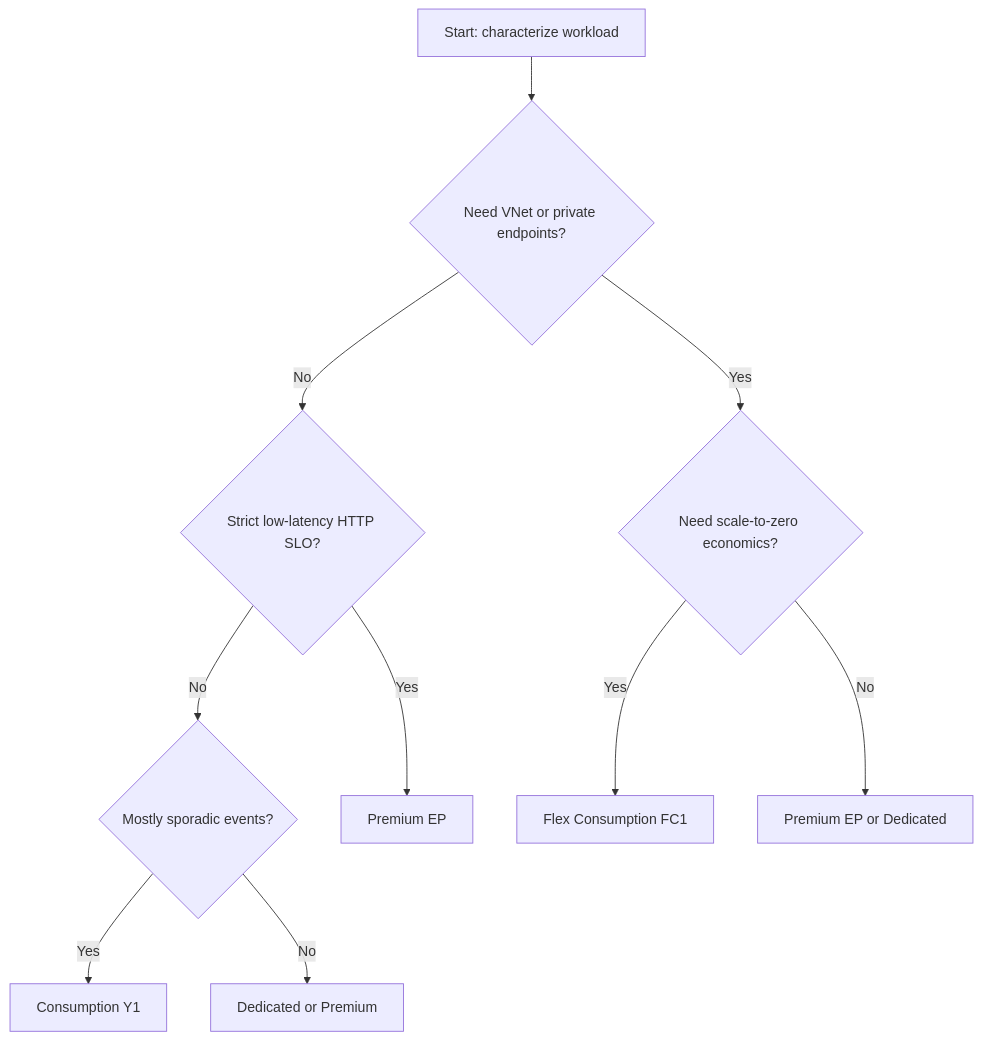
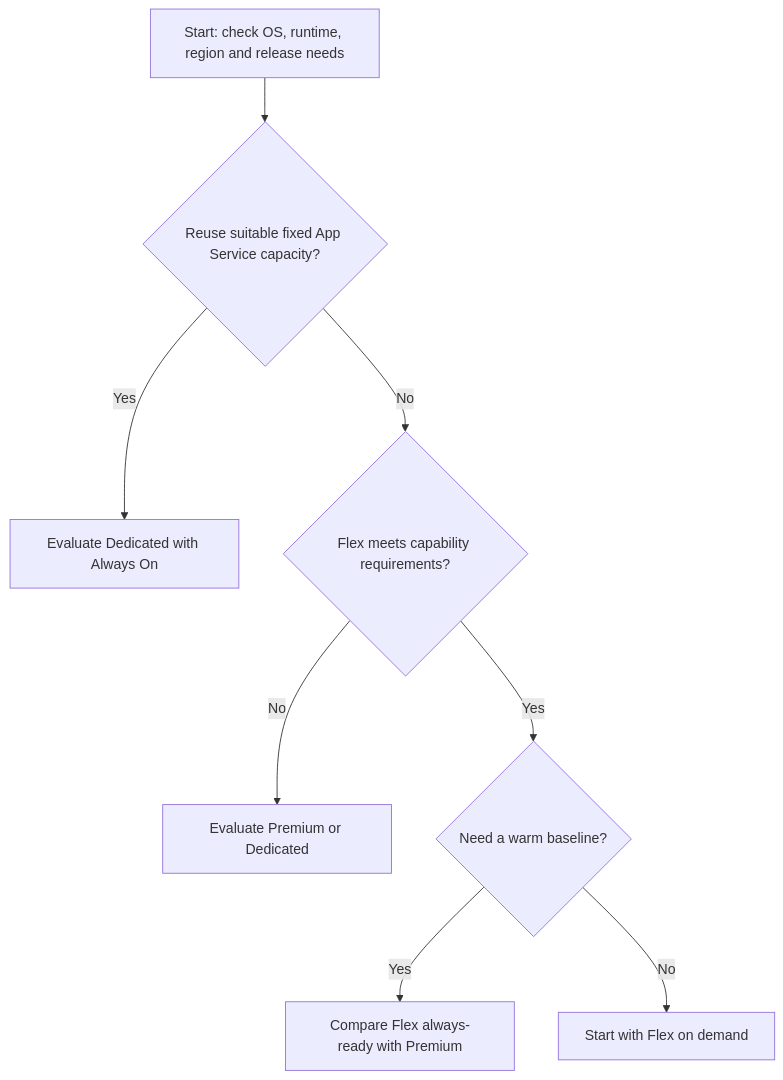
Before and after one commit to yeongseon/azure-functions-practical-guide: the diagram in docs/best-practices/hosting-plan-selection.md, drawn with Mermaid. The commit also changed other lines of this file and 1 other file, not shown here.

````diff
--- a/docs/best-practices/hosting-plan-selection.md
+++ b/docs/best-practices/hosting-plan-selection.md
@@ -58,12 +70,10 @@
 ```mermaid
 flowchart TD
-    A[Start: characterize workload] --> B{Need VNet or private endpoints?}
-    B -->|No| C{Strict low-latency HTTP SLO?}
-    B -->|Yes| D{Need scale-to-zero economics?}
-    C -->|No| E{Mostly sporadic events?}
-    C -->|Yes| F[Premium EP]
-    E -->|Yes| G[Consumption Y1]
-    E -->|No| H[Dedicated or Premium]
-    D -->|Yes| I[Flex Consumption FC1]
-    D -->|No| J[Premium EP or Dedicated]
+    A[Start: check OS, runtime, region and release needs] --> B{Reuse suitable fixed App Service capacity?}
+    B -->|Yes| C[Evaluate Dedicated with Always On]
+    B -->|No| D{Flex meets capability requirements?}
+    D -->|No| E[Evaluate Premium or Dedicated]
+    D -->|Yes| F{Need a warm baseline?}
+    F -->|Yes| G[Compare Flex always-ready with Premium]
+    F -->|No| H[Start with Flex on demand]
 ```
````
